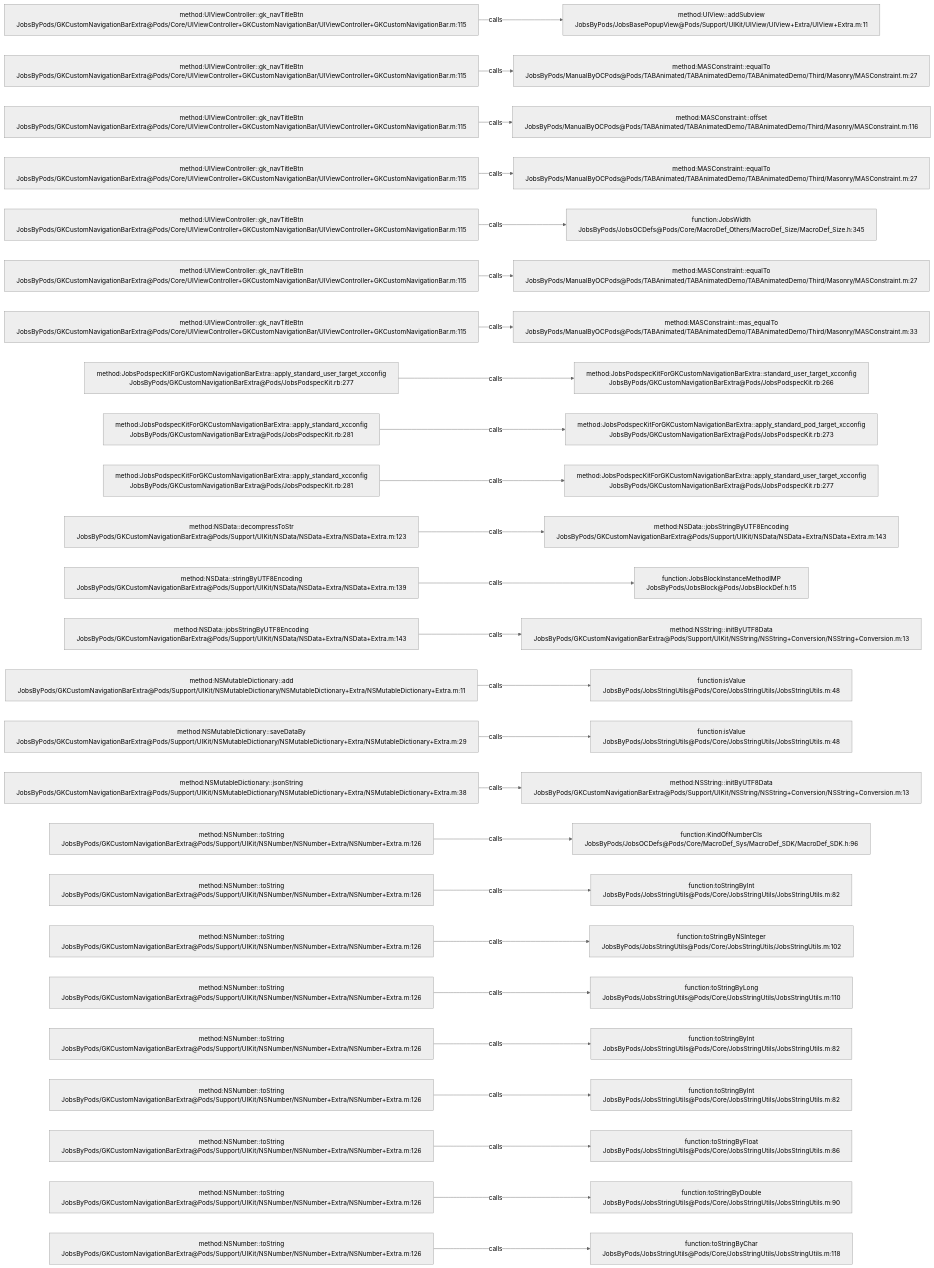
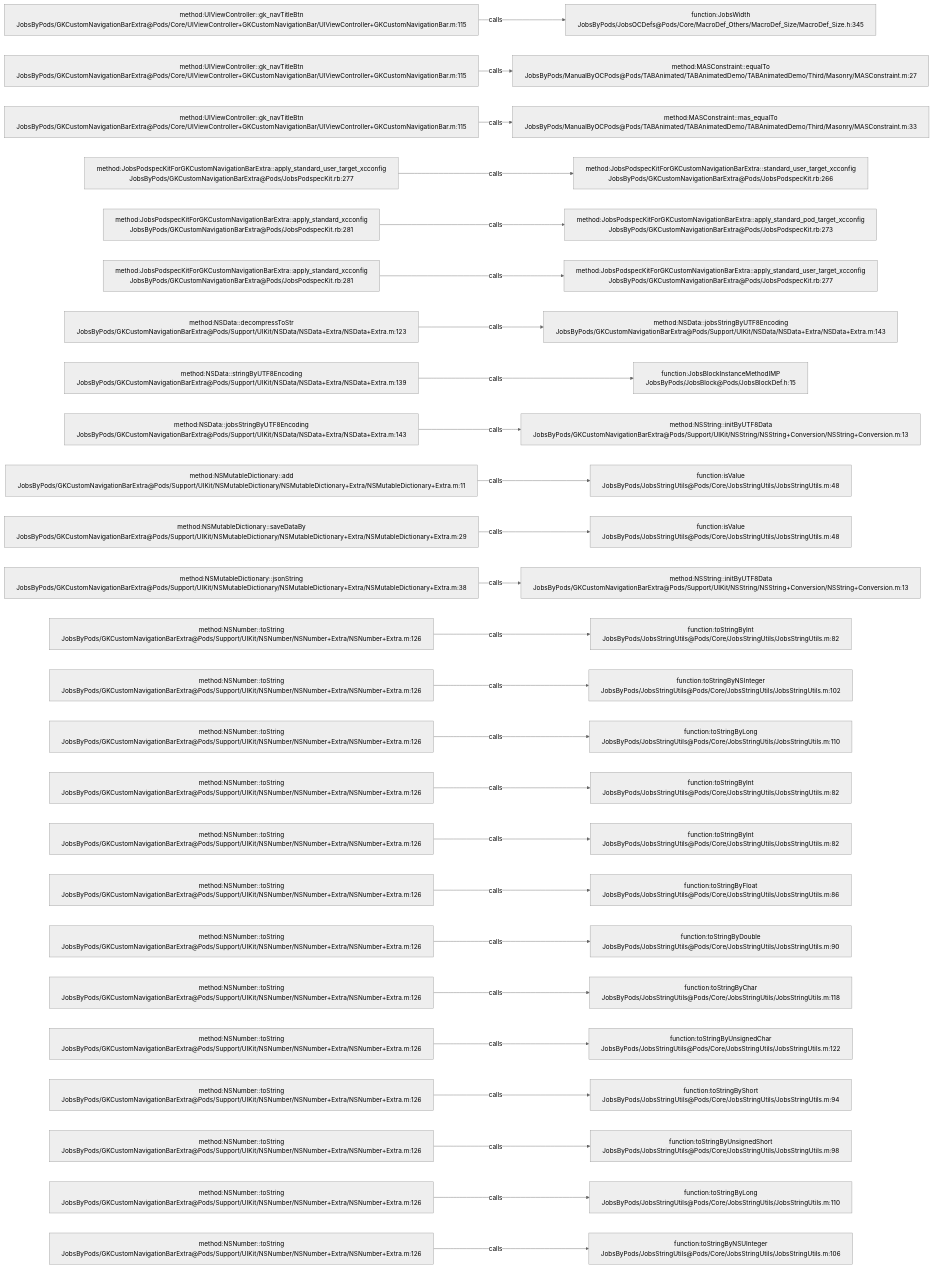
One commit to JobsKits/JobsOCBaseConfigDemo changed the diagram in .codegraph/codegraph.md/graphs/calls-011.md. Above: the diagram before and after it, drawn with Mermaid (neutral theme). The commit also changed 223 other files, not shown here.

````diff
--- a/.codegraph/codegraph.md/graphs/calls-011.md
+++ b/.codegraph/codegraph.md/graphs/calls-011.md
@@ -13,78 +13,78 @@
 ```mermaid
 flowchart LR
   S1["method:UIViewController::gk_navTitleBtn<br/>JobsByPods/GKCustomNavigationBarExtra@Pods/Core/UIViewController+GKCustomNavigationBar/UIViewController+GKCustomNavigationBar.m:115"]
-  T1["method:UIView::addSubview<br/>JobsByPods/JobsBasePopupView@Pods/Support/UIKit/UIView/UIView+Extra/UIView+Extra.m:11"]
+  T1["function:JobsWidth<br/>JobsByPods/JobsOCDefs@Pods/Core/MacroDef_Others/MacroDef_Size/MacroDef_Size.h:345"]
   S1 -->|calls| T1
   S2["method:UIViewController::gk_navTitleBtn<br/>JobsByPods/GKCustomNavigationBarExtra@Pods/Core/UIViewController+GKCustomNavigationBar/UIViewController+GKCustomNavigationBar.m:115"]
   T2["method:MASConstraint::equalTo<br/>JobsByPods/ManualByOCPods@Pods/TABAnimated/TABAnimatedDemo/TABAnimatedDemo/Third/Masonry/MASConstraint.m:27"]
   S2 -->|calls| T2
   S3["method:UIViewController::gk_navTitleBtn<br/>JobsByPods/GKCustomNavigationBarExtra@Pods/Core/UIViewController+GKCustomNavigationBar/UIViewController+GKCustomNavigationBar.m:115"]
-  T3["method:MASConstraint::offset<br/>JobsByPods/ManualByOCPods@Pods/TABAnimated/TABAnimatedDemo/TABAnimatedDemo/Third/Masonry/MASConstraint.m:116"]
+  T3["method:MASConstraint::mas_equalTo<br/>JobsByPods/ManualByOCPods@Pods/TABAnimated/TABAnimatedDemo/TABAnimatedDemo/Third/Masonry/MASConstraint.m:33"]
   S3 -->|calls| T3
-  S4["method:UIViewController::gk_navTitleBtn<br/>JobsByPods/GKCustomNavigationBarExtra@Pods/Core/UIViewController+GKCustomNavigationBar/UIViewController+GKCustomNavigationBar.m:115"]
-  T4["method:MASConstraint::equalTo<br/>JobsByPods/ManualByOCPods@Pods/TABAnimated/TABAnimatedDemo/TABAnimatedDemo/Third/Masonry/MASConstraint.m:27"]
+  S4["method:JobsPodspecKitForGKCustomNavigationBarExtra::apply_standard_user_target_xcconfig<br/>JobsByPods/GKCustomNavigationBarExtra@Pods/JobsPodspecKit.rb:277"]
+  T4["method:JobsPodspecKitForGKCustomNavigationBarExtra::standard_user_target_xcconfig<br/>JobsByPods/GKCustomNavigationBarExtra@Pods/JobsPodspecKit.rb:266"]
   S4 -->|calls| T4
-  S5["method:UIViewController::gk_navTitleBtn<br/>JobsByPods/GKCustomNavigationBarExtra@Pods/Core/UIViewController+GKCustomNavigationBar/UIViewController+GKCustomNavigationBar.m:115"]
-  T5["function:JobsWidth<br/>JobsByPods/JobsOCDefs@Pods/Core/MacroDef_Others/MacroDef_Size/MacroDef_Size.h:345"]
+  S5["method:JobsPodspecKitForGKCustomNavigationBarExtra::apply_standard_xcconfig<br/>JobsByPods/GKCustomNavigationBarExtra@Pods/JobsPodspecKit.rb:281"]
+  T5["method:JobsPodspecKitForGKCustomNavigationBarExtra::apply_standard_pod_target_xcconfig<br/>JobsByPods/GKCustomNavigationBarExtra@Pods/JobsPodspecKit.rb:273"]
   S5 -->|calls| T5
-  S6["method:UIViewController::gk_navTitleBtn<br/>JobsByPods/GKCustomNavigationBarExtra@Pods/Core/UIViewController+GKCustomNavigationBar/UIViewController+GKCustomNavigationBar.m:115"]
-  T6["method:MASConstraint::equalTo<br/>JobsByPods/ManualByOCPods@Pods/TABAnimated/TABAnimatedDemo/TABAnimatedDemo/Third/Masonry/MASConstraint.m:27"]
+  S6["method:JobsPodspecKitForGKCustomNavigationBarExtra::apply_standard_xcconfig<br/>JobsByPods/GKCustomNavigationBarExtra@Pods/JobsPodspecKit.rb:281"]
+  T6["method:JobsPodspecKitForGKCustomNavigationBarExtra::apply_standard_user_target_xcconfig<br/>JobsByPods/GKCustomNavigationBarExtra@Pods/JobsPodspecKit.rb:277"]
   S6 -->|calls| T6
-  S7["method:UIViewController::gk_navTitleBtn<br/>JobsByPods/GKCustomNavigationBarExtra@Pods/Core/UIViewController+GKCustomNavigationBar/UIViewController+GKCustomNavigationBar.m:115"]
-  T7["method:MASConstraint::mas_equalTo<br/>JobsByPods/ManualByOCPods@Pods/TABAnimated/TABAnimatedDemo/TABAnimatedDemo/Third/Masonry/MASConstraint.m:33"]
+  S7["method:NSData::decompressToStr<br/>JobsByPods/GKCustomNavigationBarExtra@Pods/Support/UIKit/NSData/NSData+Extra/NSData+Extra.m:123"]
+  T7["method:NSData::jobsStringByUTF8Encoding<br/>JobsByPods/GKCustomNavigationBarExtra@Pods/Support/UIKit/NSData/NSData+Extra/NSData+Extra.m:143"]
   S7 -->|calls| T7
-  S8["method:JobsPodspecKitForGKCustomNavigationBarExtra::apply_standard_user_target_xcconfig<br/>JobsByPods/GKCustomNavigationBarExtra@Pods/JobsPodspecKit.rb:277"]
-  T8["method:JobsPodspecKitForGKCustomNavigationBarExtra::standard_user_target_xcconfig<br/>JobsByPods/GKCustomNavigationBarExtra@Pods/JobsPodspecKit.rb:266"]
+  S8["method:NSData::stringByUTF8Encoding<br/>JobsByPods/GKCustomNavigationBarExtra@Pods/Support/UIKit/NSData/NSData+Extra/NSData+Extra.m:139"]
+  T8["function:JobsBlockInstanceMethodIMP<br/>JobsByPods/JobsBlock@Pods/JobsBlockDef.h:15"]
   S8 -->|calls| T8
-  S9["method:JobsPodspecKitForGKCustomNavigationBarExtra::apply_standard_xcconfig<br/>JobsByPods/GKCustomNavigationBarExtra@Pods/JobsPodspecKit.rb:281"]
-  T9["method:JobsPodspecKitForGKCustomNavigationBarExtra::apply_standard_pod_target_xcconfig<br/>JobsByPods/GKCustomNavigationBarExtra@Pods/JobsPodspecKit.rb:273"]
+  S9["method:NSData::jobsStringByUTF8Encoding<br/>JobsByPods/GKCustomNavigationBarExtra@Pods/Support/UIKit/NSData/NSData+Extra/NSData+Extra.m:143"]
+  T9["method:NSString::initByUTF8Data<br/>JobsByPods/GKCustomNavigationBarExtra@Pods/Support/UIKit/NSString/NSString+Conversion/NSString+Conversion.m:13"]
   S9 -->|calls| T9
-  S10["method:JobsPodspecKitForGKCustomNavigationBarExtra::apply_standard_xcconfig<br/>JobsByPods/GKCustomNavigationBarExtra@Pods/JobsPodspecKit.rb:281"]
-  T10["method:JobsPodspecKitForGKCustomNavigationBarExtra::apply_standard_user_target_xcconfig<br/>JobsByPods/GKCustomNavigationBarExtra@Pods/JobsPodspecKit.rb:277"]
+  S10["method:NSMutableDictionary::add<br/>JobsByPods/GKCustomNavigationBarExtra@Pods/Support/UIKit/NSMutableDictionary/NSMutableDictionary+Extra/NSMutableDictionary+Extra.m:11"]
+  T10["function:isValue<br/>JobsByPods/JobsStringUtils@Pods/Core/JobsStringUtils/JobsStringUtils.m:48"]
   S10 -->|calls| T10
-  S11["method:NSData::decompressToStr<br/>JobsByPods/GKCustomNavigationBarExtra@Pods/Support/UIKit/NSData/NSData+Extra/NSData+Extra.m:123"]
-  T11["method:NSData::jobsStringByUTF8Encoding<br/>JobsByPods/GKCustomNavigationBarExtra@Pods/Support/UIKit/NSData/NSData+Extra/NSData+Extra.m:143"]
+  S11["method:NSMutableDictionary::saveDataBy<br/>JobsByPods/GKCustomNavigationBarExtra@Pods/Support/UIKit/NSMutableDictionary/NSMutableDictionary+Extra/NSMutableDictionary+Extra.m:29"]
+  T11["function:isValue<br/>JobsByPods/JobsStringUtils@Pods/Core/JobsStringUtils/JobsStringUtils.m:48"]
   S11 -->|calls| T11
-  S12["method:NSData::stringByUTF8Encoding<br/>JobsByPods/GKCustomNavigationBarExtra@Pods/Support/UIKit/NSData/NSData+Extra/NSData+Extra.m:139"]
-  T12["function:JobsBlockInstanceMethodIMP<br/>JobsByPods/JobsBlock@Pods/JobsBlockDef.h:15"]
+  S12["method:NSMutableDictionary::jsonString<br/>JobsByPods/GKCustomNavigationBarExtra@Pods/Support/UIKit/NSMutableDictionary/NSMutableDictionary+Extra/NSMutableDictionary+Extra.m:38"]
+  T12["method:NSString::initByUTF8Data<br/>JobsByPods/GKCustomNavigationBarExtra@Pods/Support/UIKit/NSString/NSString+Conversion/NSString+Conversion.m:13"]
   S12 -->|calls| T12
-  S13["method:NSData::jobsStringByUTF8Encoding<br/>JobsByPods/GKCustomNavigationBarExtra@Pods/Support/UIKit/NSData/NSData+Extra/NSData+Extra.m:143"]
-  T13["method:NSString::initByUTF8Data<br/>JobsByPods/GKCustomNavigationBarExtra@Pods/Support/UIKit/NSString/NSString+Conversion/NSString+Conversion.m:13"]
+  S13["method:NSNumber::toString<br/>JobsByPods/GKCustomNavigationBarExtra@Pods/Support/UIKit/NSNumber/NSNumber+Extra/NSNumber+Extra.m:126"]
+  T13["function:toStringByInt<br/>JobsByPods/JobsStringUtils@Pods/Core/JobsStringUtils/JobsStringUtils.m:82"]
   S13 -->|calls| T13
-  S14["method:NSMutableDictionary::add<br/>JobsByPods/GKCustomNavigationBarExtra@Pods/Support/UIKit/NSMutableDictionary/NSMutableDictionary+Extra/NSMutableDictionary+Extra.m:11"]
-  T14["function:isValue<br/>JobsByPods/JobsStringUtils@Pods/Core/JobsStringUtils/JobsStringUtils.m:48"]
+  S14["method:NSNumber::toString<br/>JobsByPods/GKCustomNavigationBarExtra@Pods/Support/UIKit/NSNumber/NSNumber+Extra/NSNumber+Extra.m:126"]
+  T14["function:toStringByNSInteger<br/>JobsByPods/JobsStringUtils@Pods/Core/JobsStringUtils/JobsStringUtils.m:102"]
   S14 -->|calls| T14
-  S15["method:NSMutableDictionary::saveDataBy<br/>JobsByPods/GKCustomNavigationBarExtra@Pods/Support/UIKit/NSMutableDictionary/NSMutableDictionary+Extra/NSMutableDictionary+Extra.m:29"]
-  T15["function:isValue<br/>JobsByPods/JobsStringUtils@Pods/Core/JobsStringUtils/JobsStringUtils.m:48"]
+  S15["method:NSNumber::toString<br/>JobsByPods/GKCustomNavigationBarExtra@Pods/Support/UIKit/NSNumber/NSNumber+Extra/NSNumber+Extra.m:126"]
+  T15["function:toStringByLong<br/>JobsByPods/JobsStringUtils@Pods/Core/JobsStringUtils/JobsStringUtils.m:110"]
   S15 -->|calls| T15
-  S16["method:NSMutableDictionary::jsonString<br/>JobsByPods/GKCustomNavigationBarExtra@Pods/Support/UIKit/NSMutableDictionary/NSMutableDictionary+Extra/NSMutableDictionary+Extra.m:38"]
-  T16["method:NSString::initByUTF8Data<br/>JobsByPods/GKCustomNavigationBarExtra@Pods/Support/UIKit/NSString/NSString+Conversion/NSString+Conversion.m:13"]
+  S16["method:NSNumber::toString<br/>JobsByPods/GKCustomNavigationBarExtra@Pods/Support/UIKit/NSNumber/NSNumber+Extra/NSNumber+Extra.m:126"]
+  T16["function:toStringByInt<br/>JobsByPods/JobsStringUtils@Pods/Core/JobsStringUtils/JobsStringUtils.m:82"]
   S16 -->|calls| T16
   S17["method:NSNumber::toString<br/>JobsByPods/GKCustomNavigationBarExtra@Pods/Support/UIKit/NSNumber/NSNumber+Extra/NSNumber+Extra.m:126"]
-  T17["function:KindOfNumberCls<br/>JobsByPods/JobsOCDefs@Pods/Core/MacroDef_Sys/MacroDef_SDK/MacroDef_SDK.h:96"]
+  T17["function:toStringByInt<br/>JobsByPods/JobsStringUtils@Pods/Core/JobsStringUtils/JobsStringUtils.m:82"]
   S17 -->|calls| T17
   S18["method:NSNumber::toString<br/>JobsByPods/GKCustomNavigationBarExtra@Pods/Support/UIKit/NSNumber/NSNumber+Extra/NSNumber+Extra.m:126"]
-  T18["function:toStringByInt<br/>JobsByPods/JobsStringUtils@Pods/Core/JobsStringUtils/JobsStringUtils.m:82"]
+  T18["function:toStringByFloat<br/>JobsByPods/JobsStringUtils@Pods/Core/JobsStringUtils/JobsStringUtils.m:86"]
   S18 -->|calls| T18
   S19["method:NSNumber::toString<br/>JobsByPods/GKCustomNavigationBarExtra@Pods/Support/UIKit/NSNumber/NSNumber+Extra/NSNumber+Extra.m:126"]
-  T19["function:toStringByNSInteger<br/>JobsByPods/JobsStringUtils@Pods/Core/JobsStringUtils/JobsStringUtils.m:102"]
+  T19["function:toStringByDouble<br/>JobsByPods/JobsStringUtils@Pods/Core/JobsStringUtils/JobsStringUtils.m:90"]
   S19 -->|calls| T19
   S20["method:NSNumber::toString<br/>JobsByPods/GKCustomNavigationBarExtra@Pods/Support/UIKit/NSNumber/NSNumber+Extra/NSNumber+Extra.m:126"]
-  T20["function:toStringByLong<br/>JobsByPods/JobsStringUtils@Pods/Core/JobsStringUtils/JobsStringUtils.m:110"]
+  T20["function:toStringByChar<br/>JobsByPods/JobsStringUtils@Pods/Core/JobsStringUtils/JobsStringUtils.m:118"]
   S20 -->|calls| T20
   S21["method:NSNumber::toString<br/>JobsByPods/GKCustomNavigationBarExtra@Pods/Support/UIKit/NSNumber/NSNumber+Extra/NSNumber+Extra.m:126"]
-  T21["function:toStringByInt<br/>JobsByPods/JobsStringUtils@Pods/Core/JobsStringUtils/JobsStringUtils.m:82"]
+  T21["function:toStringByUnsignedChar<br/>JobsByPods/JobsStringUtils@Pods/Core/JobsStringUtils/JobsStringUtils.m:122"]
   S21 -->|calls| T21
   S22["method:NSNumber::toString<br/>JobsByPods/GKCustomNavigationBarExtra@Pods/Support/UIKit/NSNumber/NSNumber+Extra/NSNumber+Extra.m:126"]
-  T22["function:toStringByInt<br/>JobsByPods/JobsStringUtils@Pods/Core/JobsStringUtils/JobsStringUtils.m:82"]
+  T22["function:toStringByShort<br/>JobsByPods/JobsStringUtils@Pods/Core/JobsStringUtils/JobsStringUtils.m:94"]
   S22 -->|calls| T22
   S23["method:NSNumber::toString<br/>JobsByPods/GKCustomNavigationBarExtra@Pods/Support/UIKit/NSNumber/NSNumber+Extra/NSNumber+Extra.m:126"]
-  T23["function:toStringByFloat<br/>JobsByPods/JobsStringUtils@Pods/Core/JobsStringUtils/JobsStringUtils.m:86"]
+  T23["function:toStringByUnsignedShort<br/>JobsByPods/JobsStringUtils@Pods/Core/JobsStringUtils/JobsStringUtils.m:98"]
   S23 -->|calls| T23
   S24["method:NSNumber::toString<br/>JobsByPods/GKCustomNavigationBarExtra@Pods/Support/UIKit/NSNumber/NSNumber+Extra/NSNumber+Extra.m:126"]
-  T24["function:toStringByDouble<br/>JobsByPods/JobsStringUtils@Pods/Core/JobsStringUtils/JobsStringUtils.m:90"]
+  T24["function:toStringByLong<br/>JobsByPods/JobsStringUtils@Pods/Core/JobsStringUtils/JobsStringUtils.m:110"]
   S24 -->|calls| T24
   S25["method:NSNumber::toString<br/>JobsByPods/GKCustomNavigationBarExtra@Pods/Support/UIKit/NSNumber/NSNumber+Extra/NSNumber+Extra.m:126"]
-  T25["function:toStringByChar<br/>JobsByPods/JobsStringUtils@Pods/Core/JobsStringUtils/JobsStringUtils.m:118"]
+  T25["function:toStringByNSUInteger<br/>JobsByPods/JobsStringUtils@Pods/Core/JobsStringUtils/JobsStringUtils.m:106"]
   S25 -->|calls| T25
 ```
````
